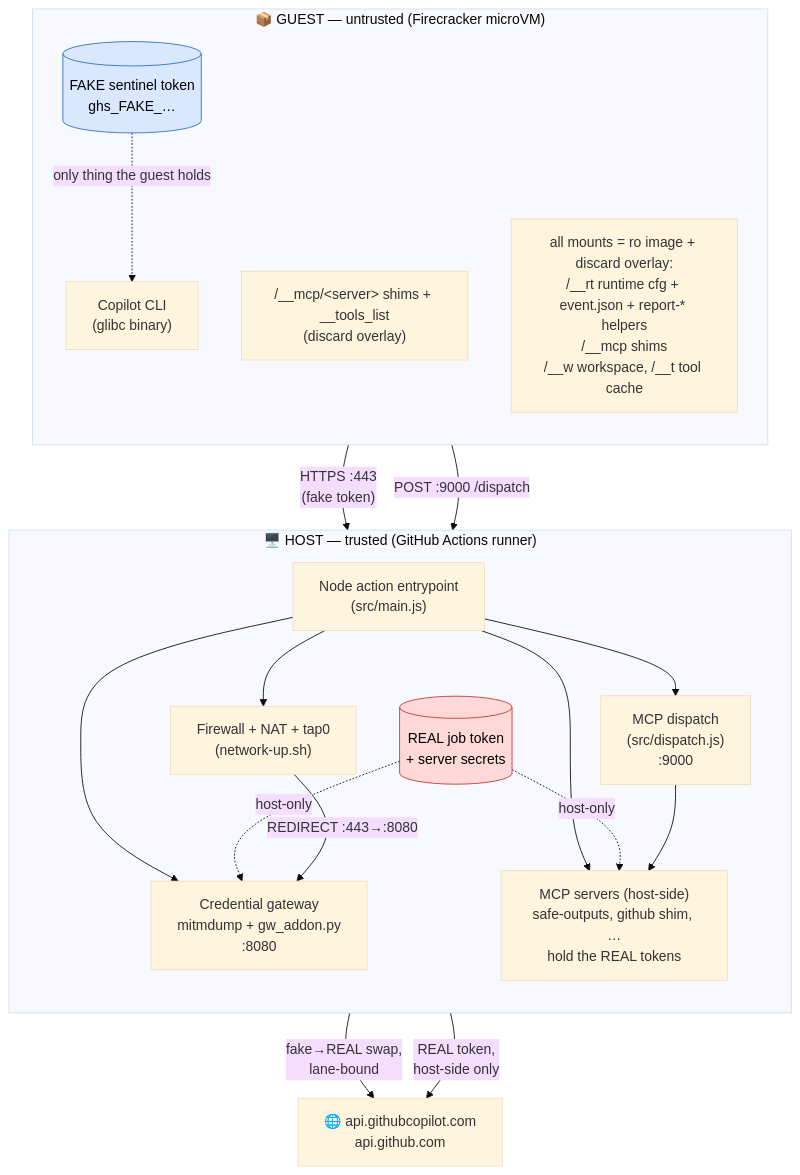
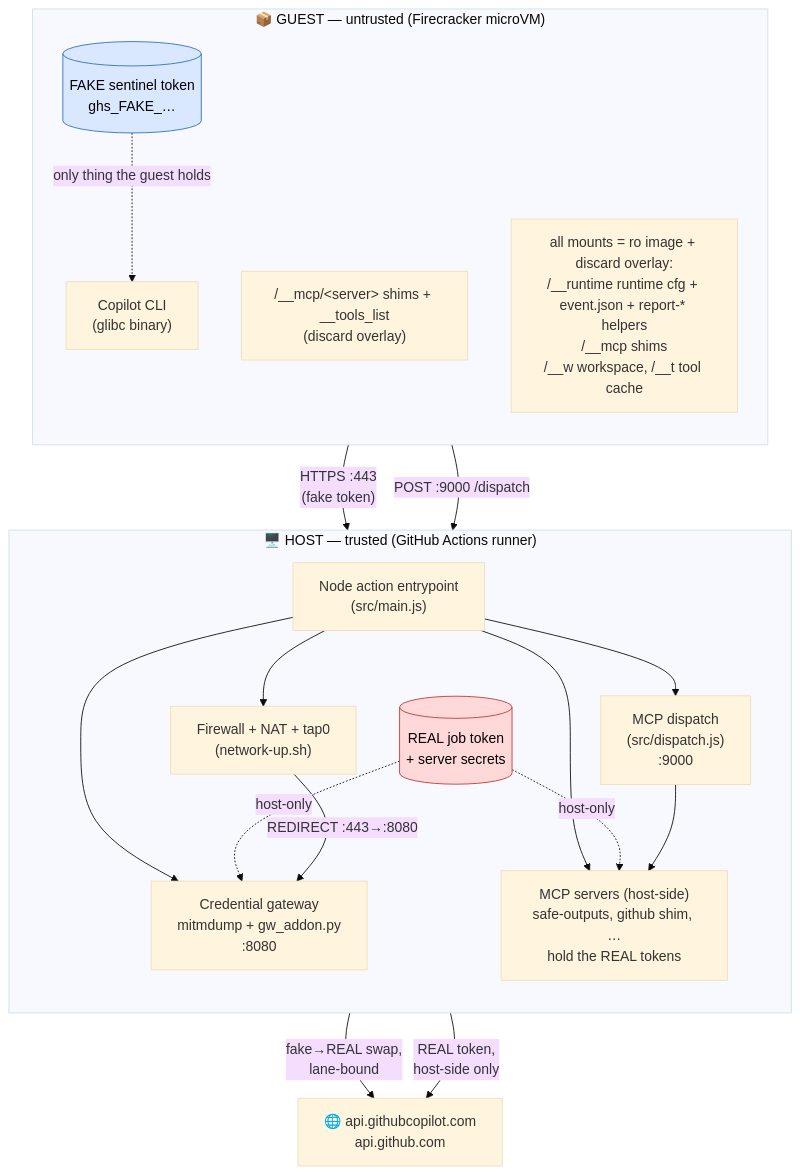
The first of 7 diagrams in docs/architecture.md (ericsciple/microvm-agent), drawn with Mermaid (base theme) before and after one commit. The commit also changed other lines of this file and 6 other files, not shown here.

````diff
--- a/docs/architecture.md
+++ b/docs/architecture.md
@@ -16,33 +16,33 @@
 ```mermaid
 flowchart TB
   subgraph HOST["🖥️  HOST — trusted (GitHub Actions runner)"]
     direction TB
     MAIN["Node action entrypoint<br/>(src/main.js)"]
     GW["Credential gateway<br/>mitmdump + gw_addon.py<br/>:8080"]
     DISP["MCP dispatch<br/>(src/dispatch.js)<br/>:9000"]
     SRV["MCP servers (host-side)<br/>safe-outputs, github shim, …<br/>hold the REAL tokens"]
     FW["Firewall + NAT + tap0<br/>(network-up.sh)"]
     TOKREAL[("REAL job token<br/>+ server secrets")]:::secret
   end
 
   subgraph GUEST["📦  GUEST — untrusted (Firecracker microVM)"]
     direction TB
     CLI["Copilot CLI<br/>(glibc binary)"]
     SHIM["/__mcp/&lt;server&gt; shims + __tools_list<br/>(discard overlay)"]
     FAKE[("FAKE sentinel token<br/>ghs_FAKE_…")]:::fake
-    MNT["all mounts = ro image + discard overlay:<br/>/__rt runtime cfg + event.json + report-* helpers<br/>/__mcp shims<br/>/__w workspace, /__t tool cache"]
+    MNT["all mounts = ro image + discard overlay:<br/>/__runtime runtime cfg + event.json + report-* helpers<br/>/__mcp shims<br/>/__w workspace, /__t tool cache"]
   end
 
   MAIN --> GW & DISP & SRV & FW
   TOKREAL -.host-only.-> GW & SRV
   CLI -->|"HTTPS :443<br/>(fake token)"| FW
   FW -->|"REDIRECT :443→:8080"| GW
   GW -->|"fake→REAL swap,<br/>lane-bound"| INTERNET["🌐 api.githubcopilot.com<br/>api.github.com"]
   SHIM -->|"POST :9000 /dispatch"| DISP
   DISP --> SRV
   SRV -->|"REAL token,<br/>host-side only"| INTERNET
   FAKE -.only thing the guest holds.-> CLI
 
   classDef secret fill:#ffd9d9,stroke:#c0392b,color:#000;
   classDef fake fill:#d9e8ff,stroke:#2c6fbf,color:#000;
 ```
````
